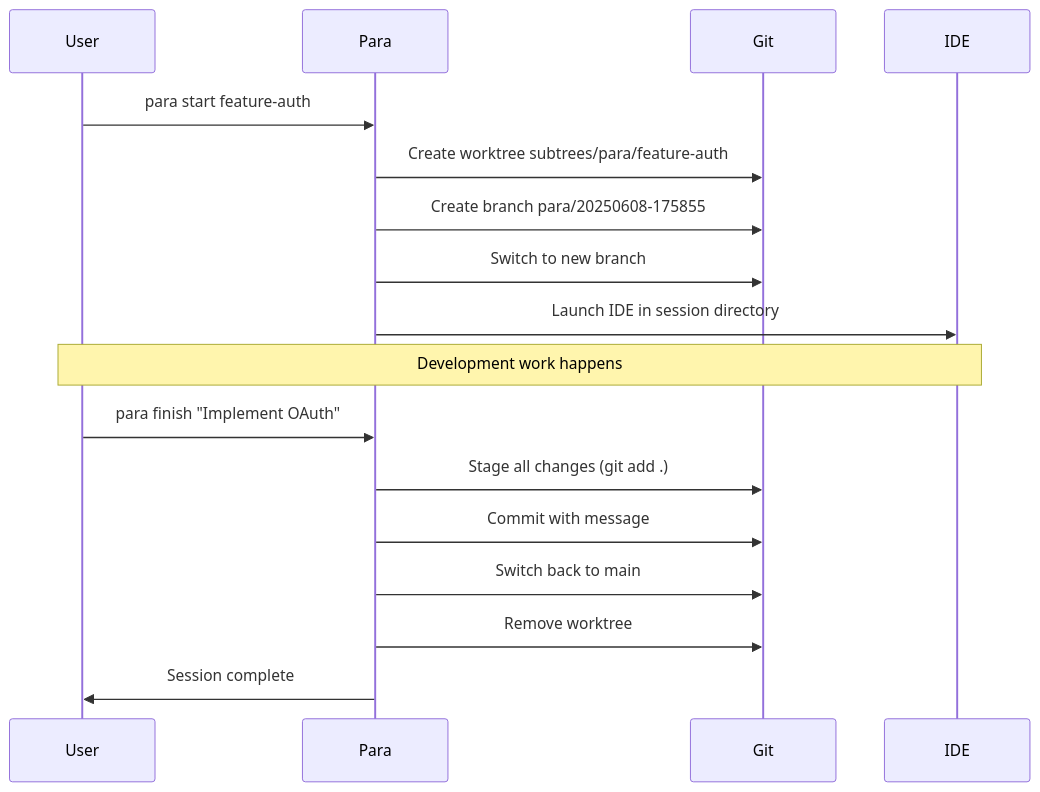
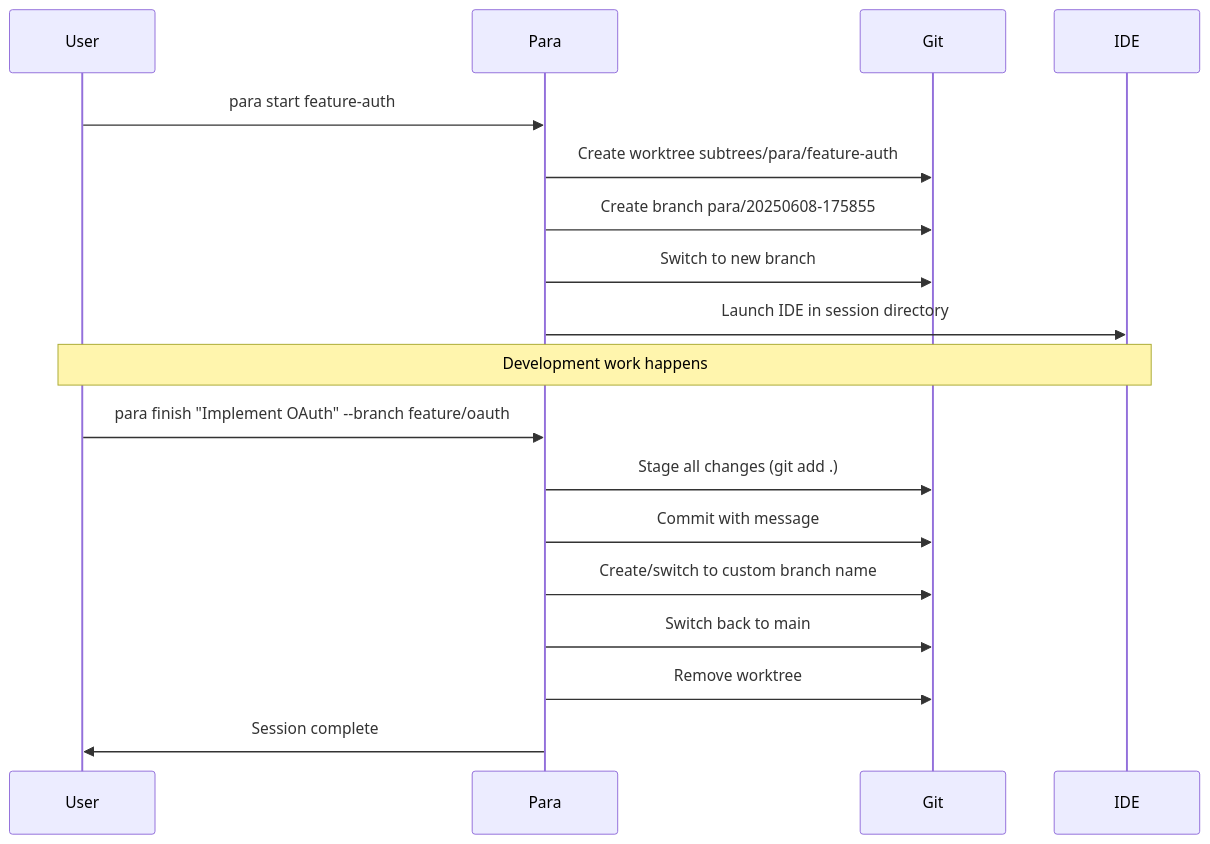
One commit to 2mawi2/para changed the third of 6 diagrams in docs/WORKFLOW.md. Above: the diagram before and after it, drawn with Mermaid. The commit also changed other lines of this file and 6 other files, not shown here.

Commit message:
Allow using custom branch names

````diff
--- a/docs/WORKFLOW.md
+++ b/docs/WORKFLOW.md
@@ -81,22 +81,23 @@
 ```mermaid
 sequenceDiagram
     participant User
     participant Para
     participant Git
     participant IDE
     
     User->>Para: para start feature-auth
     Para->>Git: Create worktree subtrees/para/feature-auth
     Para->>Git: Create branch para/20250608-175855
     Para->>Git: Switch to new branch
     Para->>IDE: Launch IDE in session directory
     
     Note over User,IDE: Development work happens
     
-    User->>Para: para finish "Implement OAuth"
+    User->>Para: para finish "Implement OAuth" --branch feature/oauth
     Para->>Git: Stage all changes (git add .)
     Para->>Git: Commit with message
+    Para->>Git: Create/switch to custom branch name
     Para->>Git: Switch back to main
     Para->>Git: Remove worktree
     Para->>User: Session complete
 ```
````
